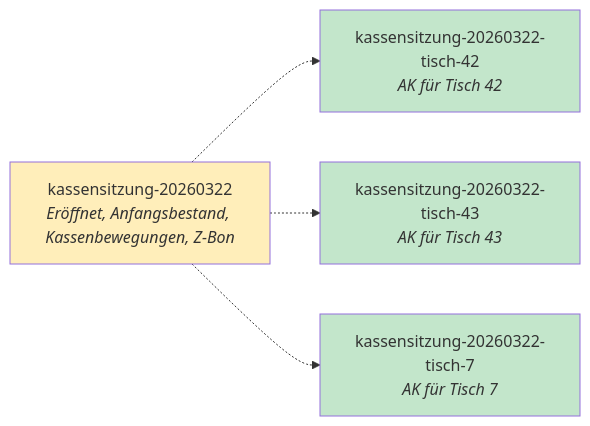
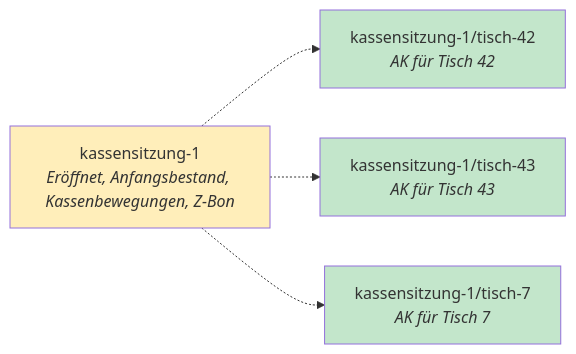
One commit to nicograef/jotti changed the third of 5 diagrams in docs/redesign.md. Above: the diagram before and after it, drawn with Mermaid. The commit also changed other lines of this file and 21 other files, not shown here.

````diff
--- a/docs/redesign.md
+++ b/docs/redesign.md
@@ -293,14 +293,14 @@
 ```mermaid
 graph LR
-    KS["kassensitzung-20260322<br><i>Eröffnet, Anfangsbestand, Kassenbewegungen, Z-Bon</i>"]
-    T1["kassensitzung-20260322-tisch-42<br><i>AK für Tisch 42</i>"]
-    T2["kassensitzung-20260322-tisch-43<br><i>AK für Tisch 43</i>"]
-    T3["kassensitzung-20260322-tisch-7<br><i>AK für Tisch 7</i>"]
+    KS["kassensitzung-1<br><i>Eröffnet, Anfangsbestand, Kassenbewegungen, Z-Bon</i>"]
+    T1["kassensitzung-1/tisch-42<br><i>AK für Tisch 42</i>"]
+    T2["kassensitzung-1/tisch-43<br><i>AK für Tisch 43</i>"]
+    T3["kassensitzung-1/tisch-7<br><i>AK für Tisch 7</i>"]
     KS -.-> T1
     KS -.-> T2
     KS -.-> T3
     style KS fill:#ffeeba
     style T1 fill:#c3e6cb
     style T2 fill:#c3e6cb
     style T3 fill:#c3e6cb
 ```
````
